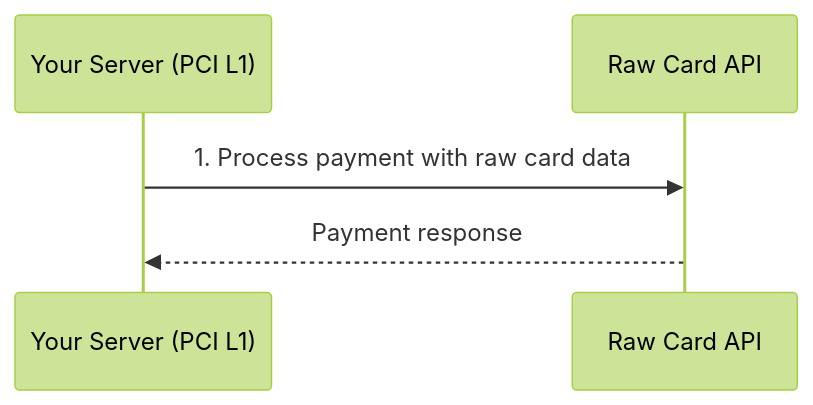
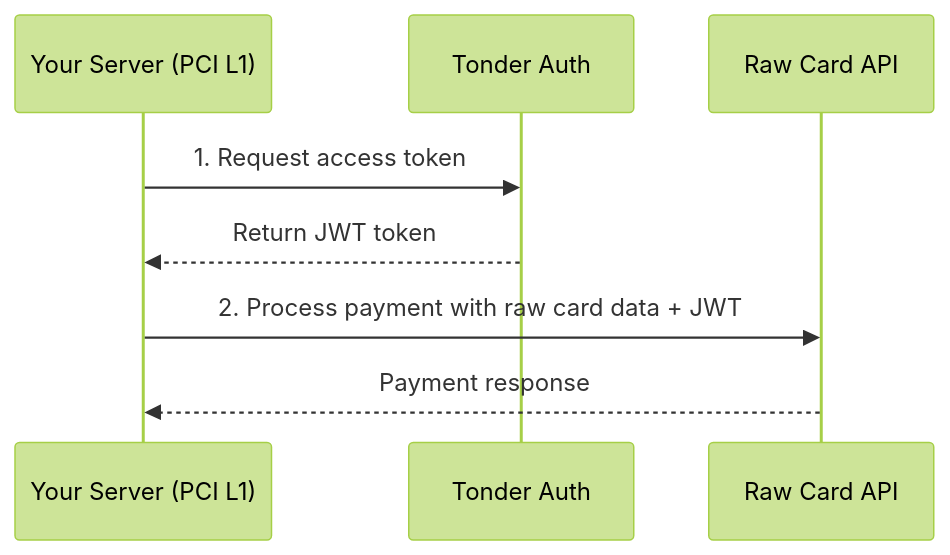
Before and after one commit to tonderio/tonder-docs-v3: the second of 2 diagrams in direct-integration/guides/create-payments/card-payments-overview.mdx, drawn with Mermaid (forest theme). The commit also changed other lines of this file and 5 other files, not shown here.

````diff
--- a/direct-integration/guides/create-payments/card-payments-overview.mdx
+++ b/direct-integration/guides/create-payments/card-payments-overview.mdx
@@ -119,8 +121,11 @@
 ```mermaid
 sequenceDiagram
     participant Client as Your Server (PCI L1)
+    participant Auth as Tonder Auth
     participant Process as Raw Card API
 
-    Client->>Process: 1. Process payment with raw card data
+    Client->>Auth: 1. Request access token
+    Auth-->>Client: Return JWT token
+    Client->>Process: 2. Process payment with raw card data + JWT
     Process-->>Client: Payment response
 ```
````
